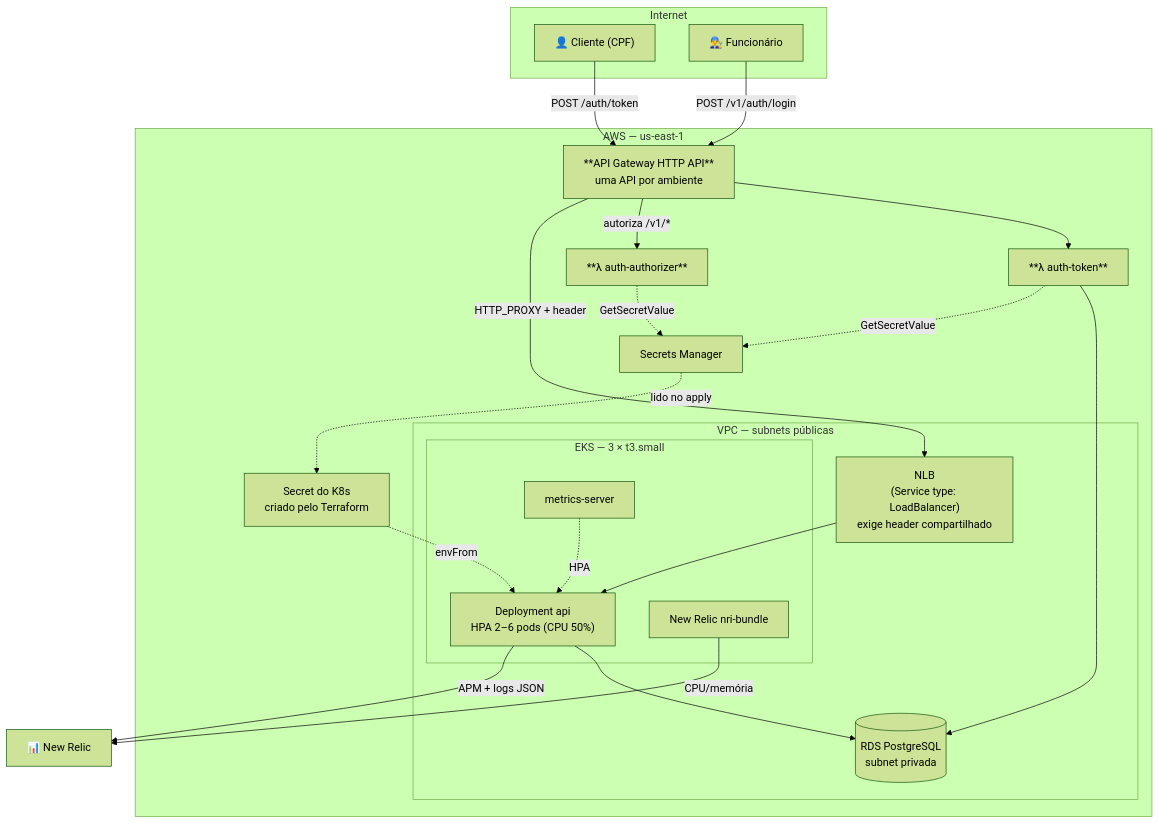
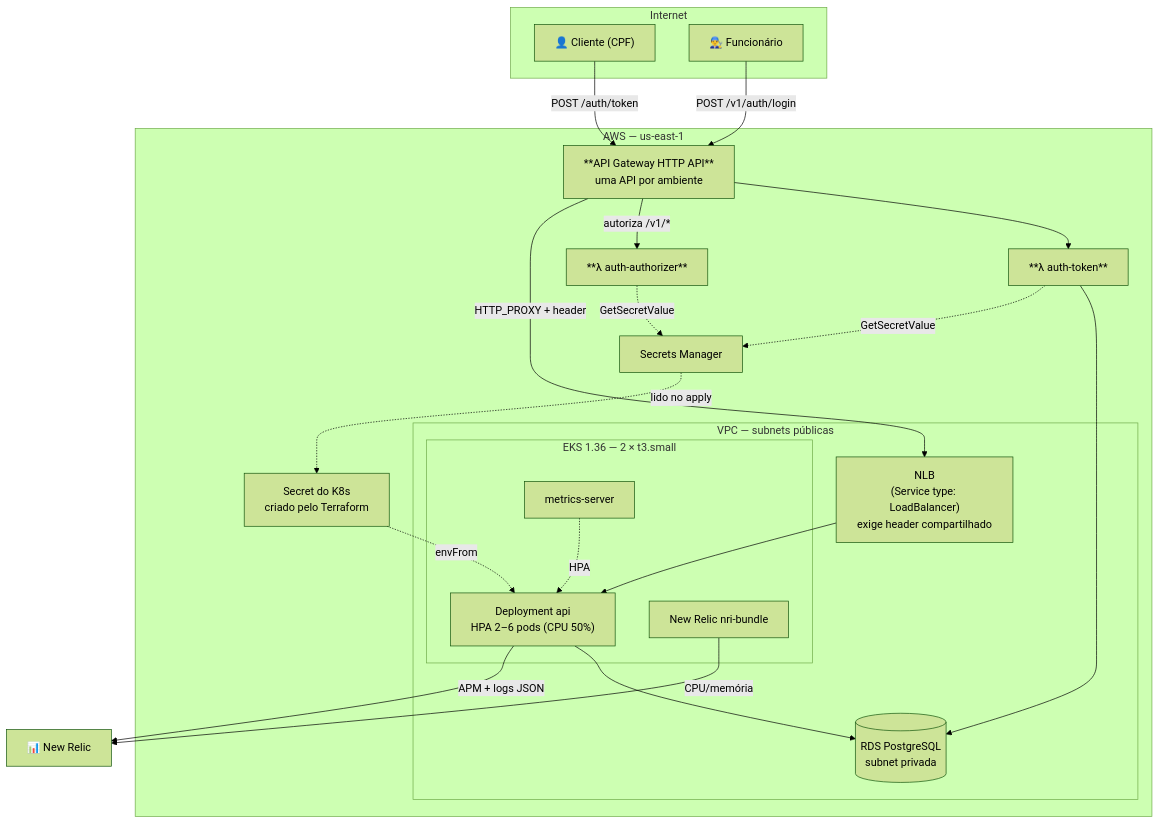
The second of 7 diagrams in docs/planejamentos/fase-3/arquitetura.md (ProblemaTheu/oficina-app), drawn with Mermaid (forest theme) before and after one commit. The commit also changed other lines of this file and 4 other files, not shown here.

````diff
--- a/docs/planejamentos/fase-3/arquitetura.md
+++ b/docs/planejamentos/fase-3/arquitetura.md
@@ -78,41 +78,41 @@
 ```mermaid
 flowchart TB
     subgraph internet["Internet"]
         cliente["👤 Cliente (CPF)"]
         func["👨‍🔧 Funcionário"]
     end
 
     subgraph aws["AWS — us-east-1"]
         apigw["**API Gateway HTTP API**<br/>uma API por ambiente"]
         token["**λ auth-token**"]
         authz["**λ auth-authorizer**"]
 
         subgraph vpc["VPC — subnets públicas"]
             nlb["NLB<br/>(Service type: LoadBalancer)<br/>exige header compartilhado"]
-            subgraph eks["EKS — 3 × t3.small"]
+            subgraph eks["EKS 1.36 — 2 × t3.small"]
                 pods["Deployment api<br/>HPA 2–6 pods (CPU 50%)"]
                 nr8s["New Relic nri-bundle"]
                 ms["metrics-server"]
             end
             rds[("RDS PostgreSQL<br/>subnet privada")]
         end
 
         sm["Secrets Manager"]
         tfk8s["Secret do K8s<br/>criado pelo Terraform"]
     end
 
     nr["📊 New Relic"]
 
     cliente -- "POST /auth/token" --> apigw
     func -- "POST /v1/auth/login" --> apigw
     apigw --> token
     apigw -- "autoriza /v1/*" --> authz
     apigw -- "HTTP_PROXY + header" --> nlb --> pods
     pods --> rds
     token --> rds
     sm -.lido no apply.-> tfk8s -.envFrom.-> pods
     token & authz -.GetSecretValue.-> sm
     pods -- "APM + logs JSON" --> nr
     nr8s -- "CPU/memória" --> nr
     ms -. HPA .-> pods
 ```
````
